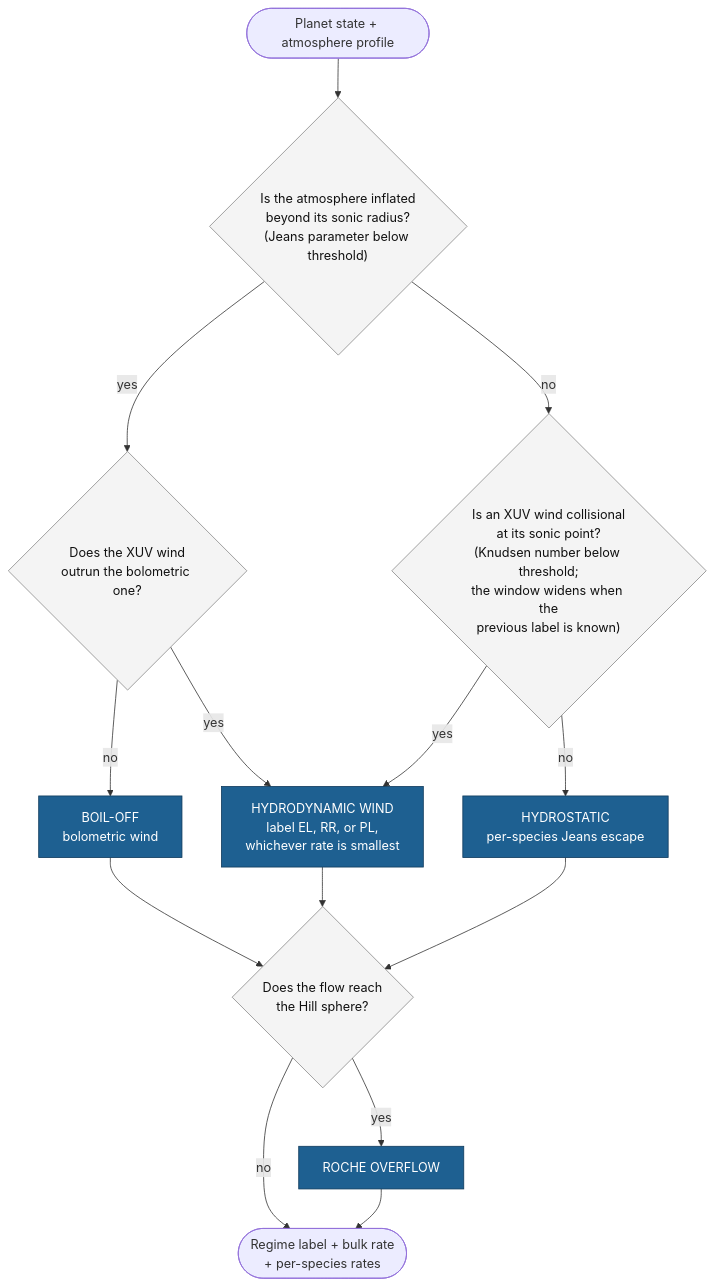
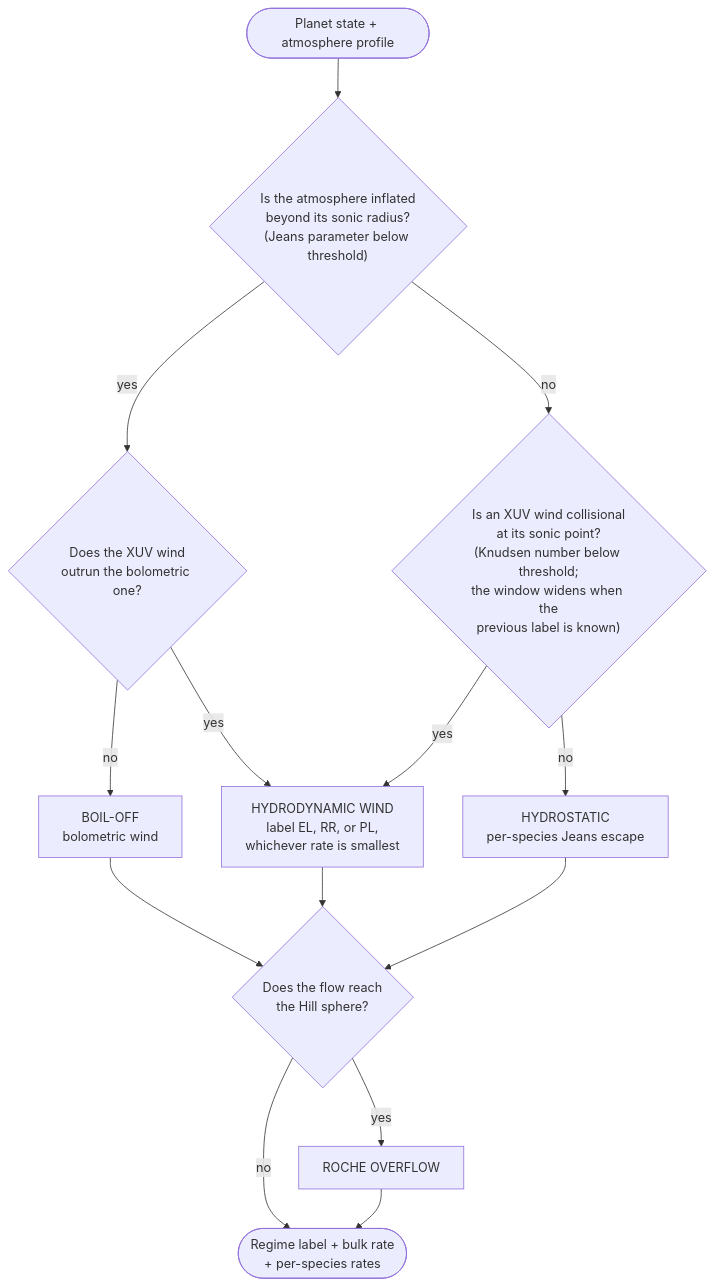
The diagram in docs/Explanations/model.md (FormingWorlds/ZEPHYRUS), drawn with Mermaid before and after one commit. The commit also changed 4 other files, not shown here.

First line of the commit message:
Redraw the flowcharts on a color scheme change

````diff
--- a/docs/Explanations/model.md
+++ b/docs/Explanations/model.md
@@ -23,20 +23,18 @@
 ```mermaid
 flowchart TD
     IN(["Planet state + atmosphere profile"]) --> Q1{"Is the atmosphere inflated<br/>beyond its sonic radius?<br/>(Jeans parameter below threshold)"}
     Q1 -- yes --> QB{"Does the XUV wind<br/>outrun the bolometric one?"}
     QB -- yes --> HD
     QB -- no --> BO["BOIL-OFF<br/>bolometric wind"]
     Q1 -- no --> Q2{"Is an XUV wind collisional<br/>at its sonic point?<br/>(Knudsen number below threshold;<br/>the window widens when the<br/>previous label is known)"}
     Q2 -- yes --> HD["HYDRODYNAMIC WIND<br/>label EL, RR, or PL,<br/>whichever rate is smallest"]
     Q2 -- no --> HS["HYDROSTATIC<br/>per-species Jeans escape"]
     BO --> Q3{"Does the flow reach<br/>the Hill sphere?"}
     HD --> Q3
     HS --> Q3
     Q3 -- yes --> RO["ROCHE OVERFLOW"]
     Q3 -- no --> OUT(["Regime label + bulk rate<br/>+ per-species rates"])
     RO --> OUT
-    classDef regime fill:#1e6091,stroke:#0f3a5c,color:#ffffff
-    classDef decision fill:#f4f4f4,stroke:#888888,color:#111111
     class BO,HD,HS,RO regime
     class Q1,QB,Q2,Q3 decision
 ```
````
